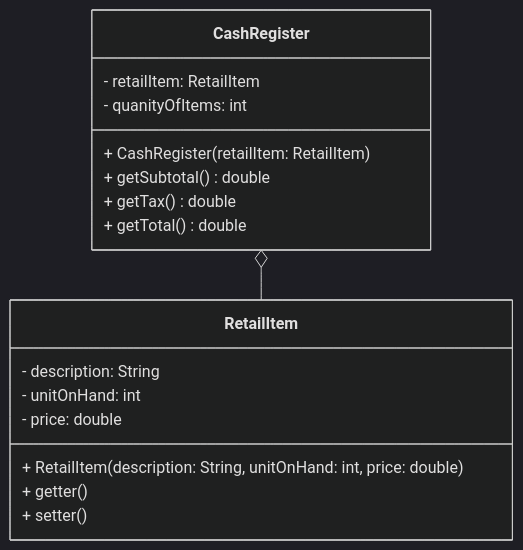
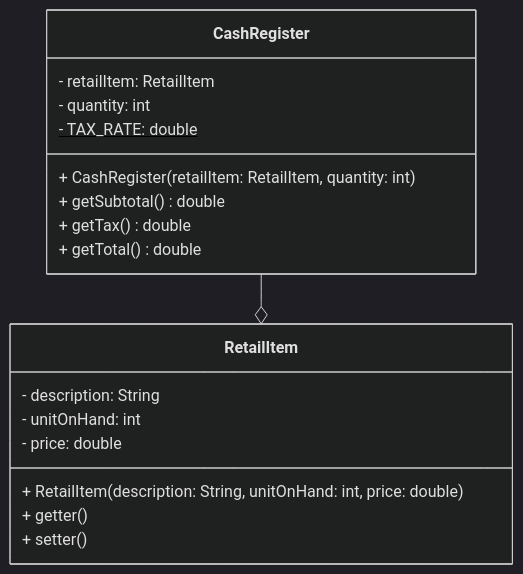
One commit to ngsang149dev/CIT-EIU changed the diagram in CSE203/lab3/2331200204_Nguyen Ba Minh Sang_lab3_problem1/2331200204_Nguyen Ba Minh Sang_lab3_problem1.mmd. Above: the diagram before and after it, drawn with Mermaid (dark theme). The commit also changed 60 other files, not shown here.

```diff
--- a/CSE203/lab3/2331200204_Nguyen Ba Minh Sang_lab3_problem1/2331200204_Nguyen Ba Minh Sang_lab3_problem1.mmd
+++ b/CSE203/lab3/2331200204_Nguyen Ba Minh Sang_lab3_problem1/2331200204_Nguyen Ba Minh Sang_lab3_problem1.mmd
@@ -1,22 +1,23 @@
 classDiagram
     class RetailItem {
         - description: String
         - unitOnHand: int 
         - price: double
 
         + RetailItem(description: String, unitOnHand: int, price: double)
         + getter()
         + setter()
     }
 
     class CashRegister {
         - retailItem: RetailItem
-        - quanityOfItems: int
-        + CashRegister(retailItem: RetailItem)
+        - quantity: int
+        - TAX_RATE: double$
+        + CashRegister(retailItem: RetailItem, quantity: int)
         + getSubtotal() double
         + getTax() double
         + getTotal() double
 
     }
 
-    CashRegister o-- RetailItem
+    CashRegister --o RetailItem
```
